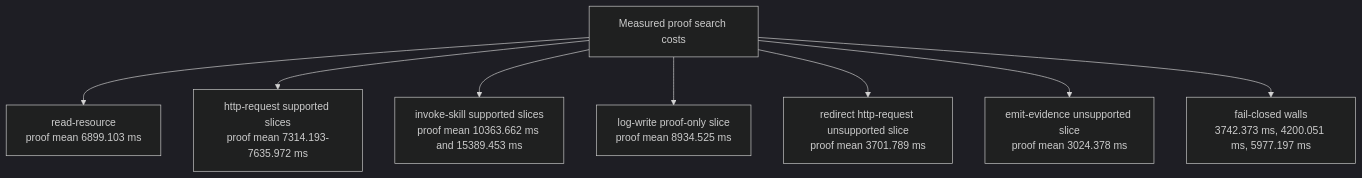
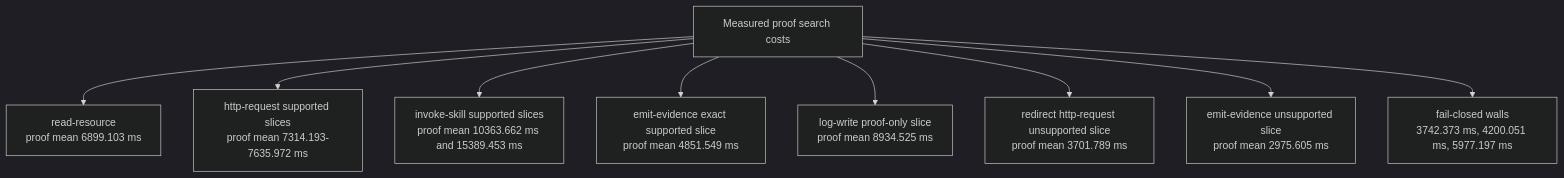
The fifth of 5 diagrams in docs/patent/m9-figures.md (jkordish/Guild), drawn with Mermaid (dark theme) before and after one commit. The commit also changed other lines of this file and 11 other files, not shown here.

Commit message:
Resolve schema and packet truth gaps

````diff
--- a/docs/patent/m9-figures.md
+++ b/docs/patent/m9-figures.md
@@ -90,11 +90,12 @@
 ```mermaid
 flowchart TD
     B[Measured proof search costs]
     B --> RR[read-resource<br/>proof mean 6899.103 ms]
     B --> H1[http-request supported slices<br/>proof mean 7314.193-7635.972 ms]
     B --> INV[invoke-skill supported slices<br/>proof mean 10363.662 ms and 15389.453 ms]
+    B --> EMIT[emit-evidence exact supported slice<br/>proof mean 4851.549 ms]
     B --> LOG[log-write proof-only slice<br/>proof mean 8934.525 ms]
     B --> U1[redirect http-request unsupported slice<br/>proof mean 3701.789 ms]
-    B --> U3[emit-evidence unsupported slice<br/>proof mean 3024.378 ms]
+    B --> U3[emit-evidence unsupported slice<br/>proof mean 2975.605 ms]
     B --> W1[fail-closed walls<br/>3742.373 ms, 4200.051 ms, 5977.197 ms]
 ```
````
